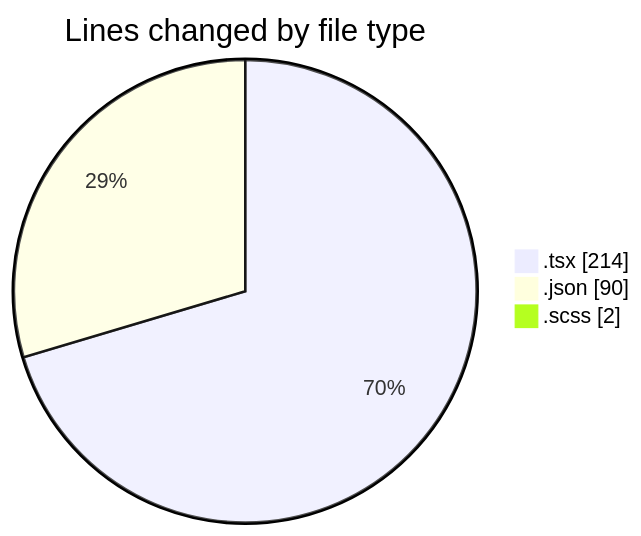
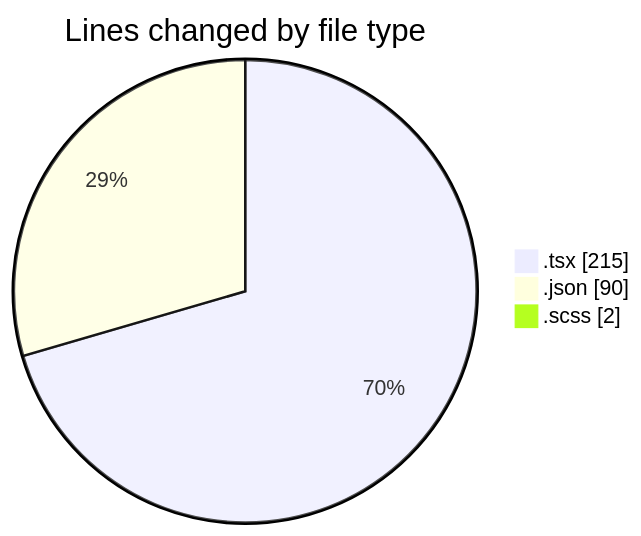
One commit to momahboobian/code-tracking changed the first of 2 diagrams in 2026-05-13/cda/README.md. Above: the diagram before and after it, drawn with Mermaid. The commit also changed other lines of this file and 1 other file, not shown here.

````diff
--- a/2026-05-13/cda/README.md
+++ b/2026-05-13/cda/README.md
@@ -24,7 +24,7 @@
 ```mermaid
 pie showData
 title Lines changed by file type
-".tsx" : 214
+".tsx" : 215
 ".json" : 90
 ".scss" : 2
 ```
````
